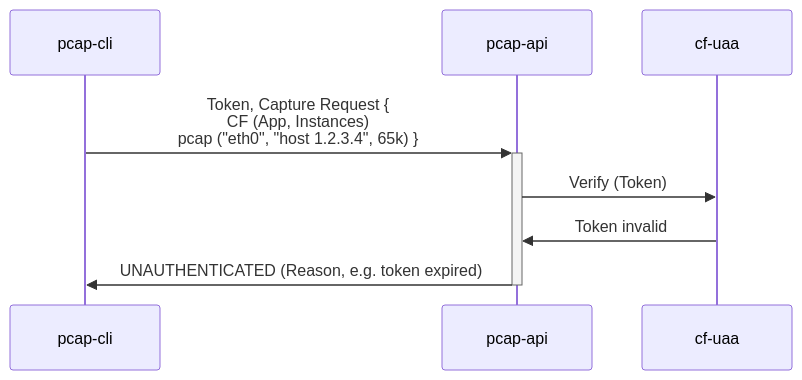
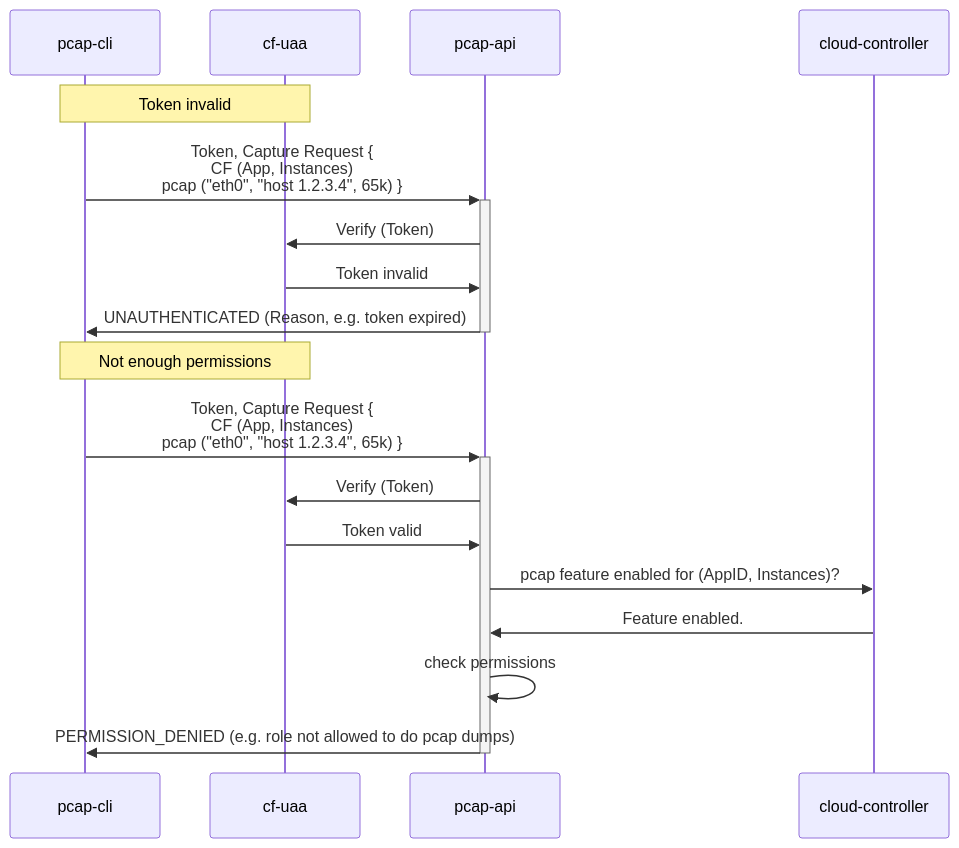
Before and after one commit to cloudfoundry/pcap-release: the eighth of 21 diagrams in docs/api-communication-spec.md, drawn with Mermaid. The commit also changed other lines of this file, not shown here.

Commit message:
docs(api): Address review comments

````diff
--- a/docs/api-communication-spec.md
+++ b/docs/api-communication-spec.md
@@ -500,8 +604,19 @@
 ```mermaid
 sequenceDiagram
+    note over pcap-cli, cf-uaa: Token invalid
     pcap-cli ->>+ pcap-api: Token, Capture Request {<br/>CF (App, Instances)<br/>pcap ("eth0", "host 1.2.3.4", 65k) }
     pcap-api ->> cf-uaa: Verify (Token)
     cf-uaa ->> pcap-api: Token invalid
-    
+
     pcap-api ->>- pcap-cli: UNAUTHENTICATED (Reason, e.g. token expired)
+
+    note over pcap-cli, cf-uaa: Not enough permissions
+    pcap-cli ->>+ pcap-api: Token, Capture Request {<br/>CF (App, Instances)<br/>pcap ("eth0", "host 1.2.3.4", 65k) }
+    pcap-api ->> cf-uaa: Verify (Token)
+    cf-uaa ->> pcap-api: Token valid
+    pcap-api ->> cloud-controller: pcap feature enabled for (AppID, Instances)?
+    cloud-controller ->> pcap-api: Feature enabled.
+    pcap-api ->> pcap-api: check permissions
+
+    pcap-api ->>- pcap-cli: PERMISSION_DENIED (e.g. role not allowed to do pcap dumps)
 ```
````
